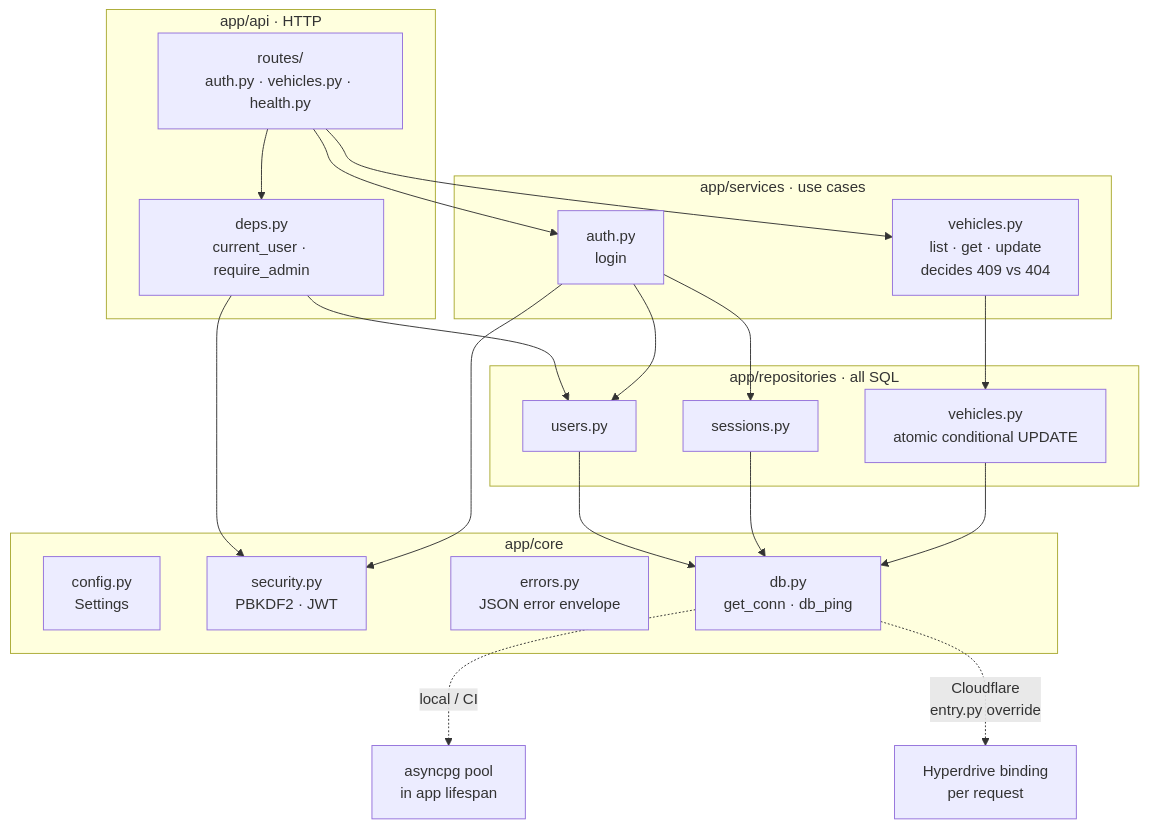
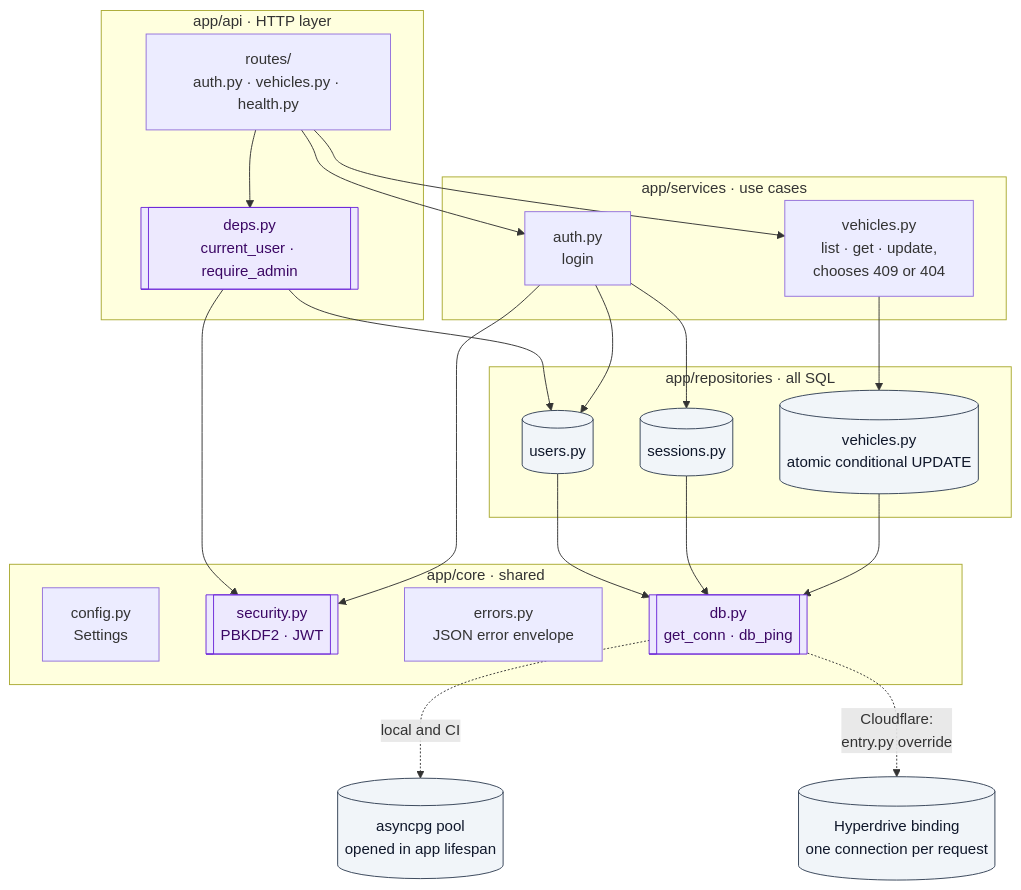
Before and after one commit to aneeq178/dealership-inventory: the seventh of 15 diagrams in docs/ARCHITECTURE.md, drawn with Mermaid. The commit also changed other lines of this file and 30 other files, not shown here.

````diff
--- a/docs/ARCHITECTURE.md
+++ b/docs/ARCHITECTURE.md
@@ -108,32 +342,41 @@
 ```mermaid
 flowchart TB
-    subgraph api["app/api · HTTP"]
+    subgraph api["app/api · HTTP layer"]
         routes["routes/<br/>auth.py · vehicles.py · health.py"]
-        deps["deps.py<br/>current_user · require_admin"]
+        deps[["deps.py<br/>current_user · require_admin"]]:::sub
     end
     subgraph svc["app/services · use cases"]
         authsvc["auth.py<br/>login"]
-        vehsvc["vehicles.py<br/>list · get · update<br/>decides 409 vs 404"]
+        vehsvc["vehicles.py<br/>list · get · update,<br/>chooses 409 or 404"]
     end
     subgraph repo["app/repositories · all SQL"]
-        users["users.py"]
-        sessions["sessions.py"]
-        vehicles["vehicles.py<br/>atomic conditional UPDATE"]
+        users[("users.py")]:::db
+        sessions[("sessions.py")]:::db
+        vehicles[("vehicles.py<br/>atomic conditional UPDATE")]:::db
     end
-    subgraph core["app/core"]
+    subgraph core["app/core · shared"]
         config["config.py<br/>Settings"]
-        security["security.py<br/>PBKDF2 · JWT"]
+        security[["security.py<br/>PBKDF2 · JWT"]]:::sub
         errors["errors.py<br/>JSON error envelope"]
-        db["db.py<br/>get_conn · db_ping"]
+        db[["db.py<br/>get_conn · db_ping"]]:::sub
     end
 
     routes --> deps
-    routes --> authsvc & vehsvc
-    deps --> users & security
-    authsvc --> users & sessions & security
+    routes --> authsvc
+    routes --> vehsvc
+    deps --> users
+    deps --> security
+    authsvc --> users
+    authsvc --> sessions
+    authsvc --> security
     vehsvc --> vehicles
-    users & sessions & vehicles --> db
+    users --> db
+    sessions --> db
+    vehicles --> db
 
-    db -.->|"local / CI"| pool["asyncpg pool<br/>in app lifespan"]
-    db -.->|"Cloudflare<br/>entry.py override"| hd["Hyperdrive binding<br/>per request"]
+    db -.->|"local and CI"| pool[("asyncpg pool<br/>opened in app lifespan")]:::db
+    db -.->|"Cloudflare:<br/>entry.py override"| hd[("Hyperdrive binding<br/>one connection per request")]:::db
+
+    classDef db fill:#f1f5f9,stroke:#334155,color:#0f172a
+    classDef sub fill:#ede9fe,stroke:#6d28d9,color:#3b0764
 ```
````
